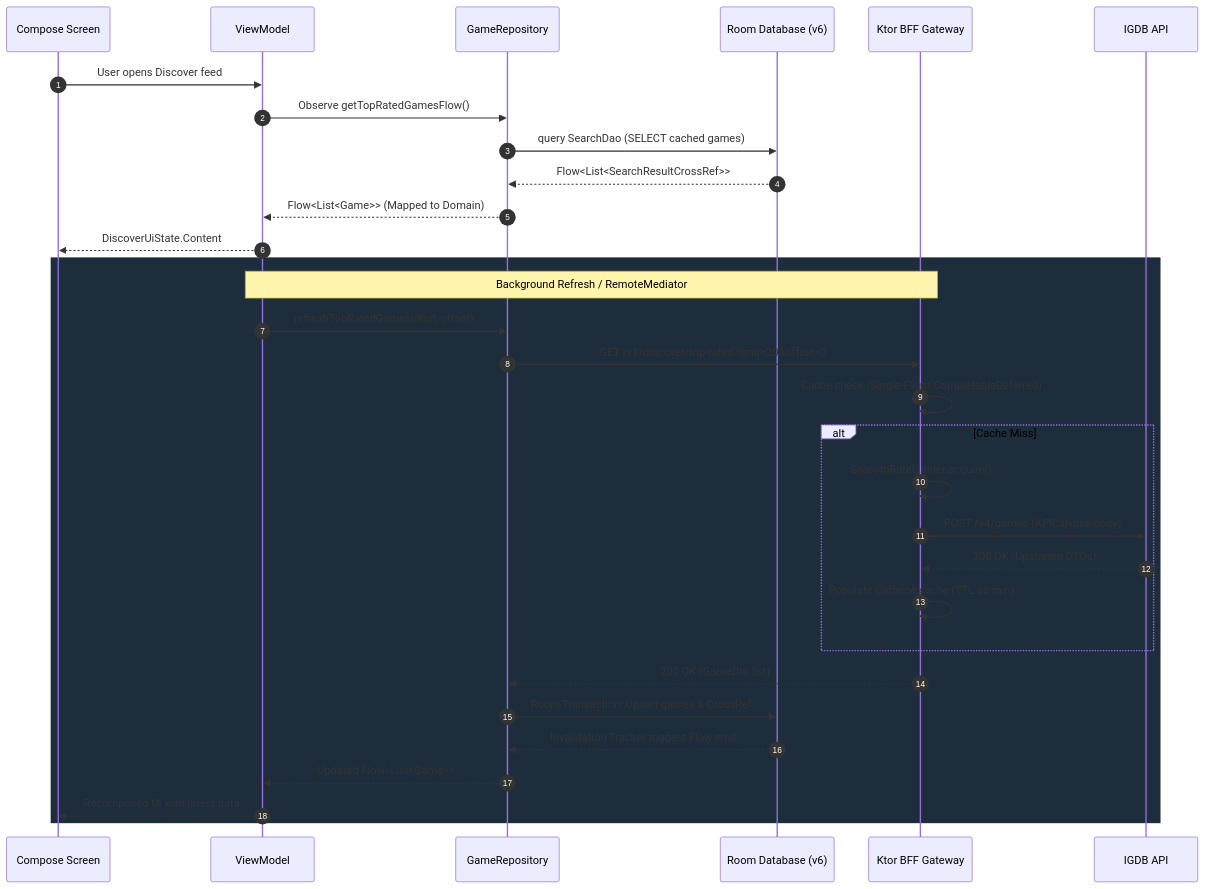
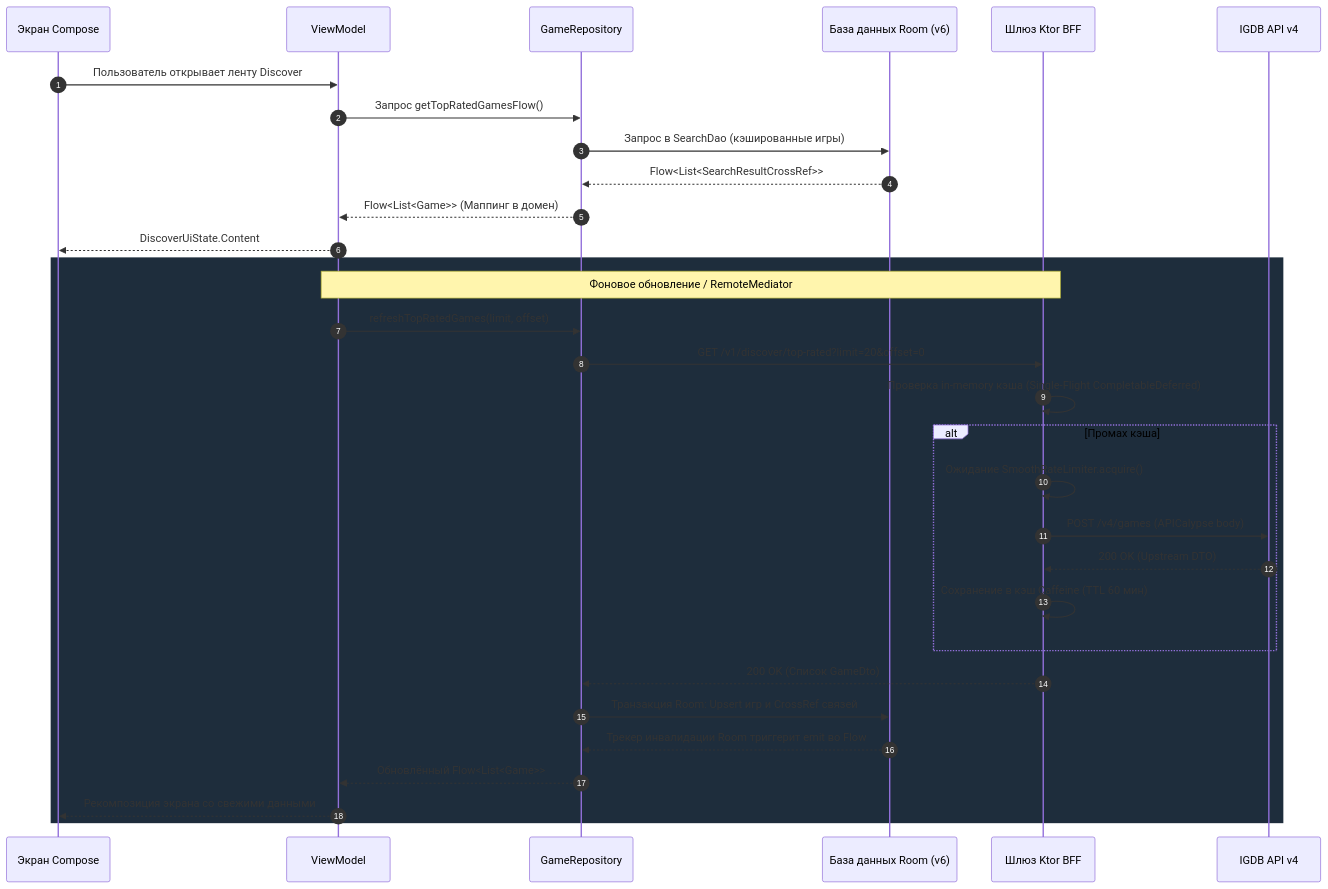
Before and after one commit to TypeNil/game-tracker-app: the second of 2 diagrams in README.md, drawn with Mermaid. The commit also changed other lines of this file and 2 other files, not shown here.

````diff
--- a/README.md
+++ b/README.md
@@ -108,35 +108,35 @@
 ```mermaid
 sequenceDiagram
     autonumber
-    participant UI as Compose Screen
+    participant UI as Экран Compose
     participant VM as ViewModel
     participant Repo as GameRepository
-    participant DB as Room Database (v6)
-    participant BFF as Ktor BFF Gateway
-    participant IGDB as IGDB API
+    participant DB as База данных Room (v6)
+    participant BFF as Шлюз Ktor BFF
+    participant IGDB as IGDB API v4
 
-    UI->>VM: User opens Discover feed
-    VM->>Repo: Observe getTopRatedGamesFlow()
-    Repo->>DB: query SearchDao (SELECT cached games)
+    UI->>VM: Пользователь открывает ленту Discover
+    VM->>Repo: Запрос getTopRatedGamesFlow()
+    Repo->>DB: Запрос в SearchDao (кэшированные игры)
     DB-->>Repo: Flow<List<SearchResultCrossRef>>
-    Repo-->>VM: Flow<List<Game>> (Mapped to Domain)
+    Repo-->>VM: Flow<List<Game>> (Маппинг в домен)
     VM-->>UI: DiscoverUiState.Content
 
     rect rgb(30, 45, 60)
-    Note over VM,BFF: Background Refresh / RemoteMediator
+    Note over VM,BFF: Фоновое обновление / RemoteMediator
     VM->>Repo: refreshTopRatedGames(limit, offset)
     Repo->>BFF: GET /v1/discover/top-rated?limit=20&offset=0
-    BFF->>BFF: Cache check (Single-Flight CompletableDeferred)
-    alt Cache Miss
-        BFF->>BFF: SmoothRateLimiter.acquire()
+    BFF->>BFF: Проверка in-memory кэша (Single-Flight CompletableDeferred)
+    alt Промах кэша
+        BFF->>BFF: Ожидание SmoothRateLimiter.acquire()
         BFF->>IGDB: POST /v4/games (APICalypse body)
-        IGDB-->>BFF: 200 OK (Upstream DTOs)
-        BFF->>BFF: Populate Caffeine cache (TTL 60 min)
+        IGDB-->>BFF: 200 OK (Upstream DTO)
+        BFF->>BFF: Сохранение в кэш Caffeine (TTL 60 мин)
     end
-    BFF-->>Repo: 200 OK (GameDto list)
-    Repo->>DB: Room Transaction: Upsert games & CrossRef
-    DB-->>Repo: Invalidation Tracker triggers Flow emit
-    Repo-->>VM: Updated Flow<List<Game>>
-    VM-->>UI: Recomposed UI with latest data
+    BFF-->>Repo: 200 OK (Список GameDto)
+    Repo->>DB: Транзакция Room: Upsert игр и CrossRef связей
+    DB-->>Repo: Трекер инвалидации Room триггерит emit во Flow
+    Repo-->>VM: Обновлённый Flow<List<Game>>
+    VM-->>UI: Рекомпозиция экрана со свежими данными
     end
 ```
````
